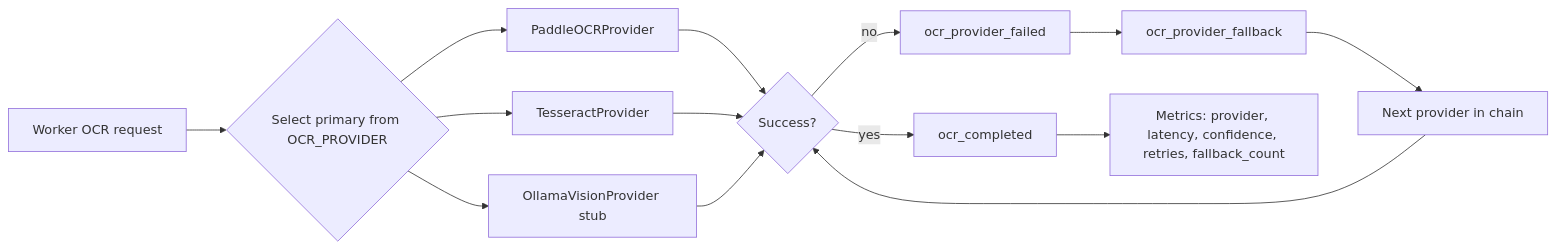
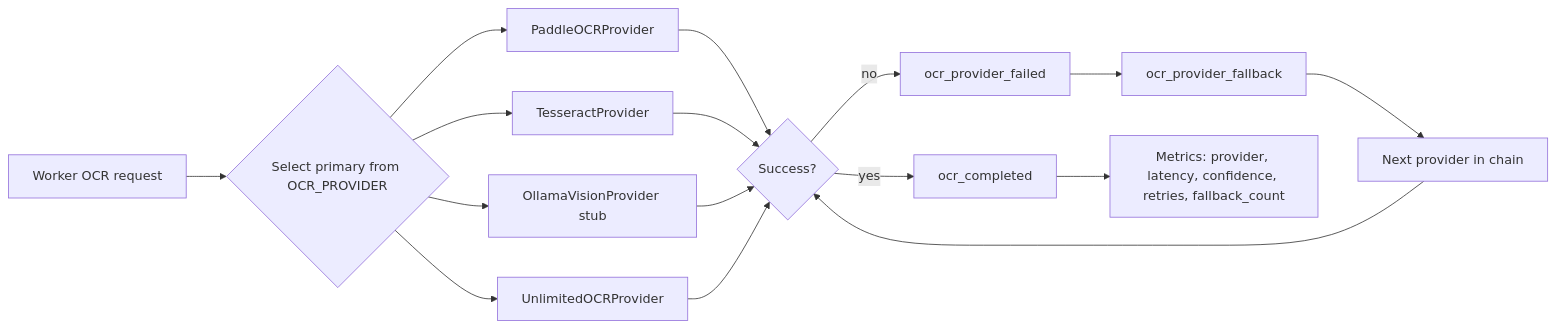
The diagram in guide/API.md (sameersemna/LokLingo), drawn with Mermaid before and after one commit. The commit also changed other lines of this file and 49 other files, not shown here.

````diff
--- a/guide/API.md
+++ b/guide/API.md
@@ -27,19 +30,21 @@
 ```mermaid
 flowchart LR
   A[Worker OCR request] --> B{Select primary from OCR_PROVIDER}
   B --> C[PaddleOCRProvider]
   B --> D[TesseractProvider]
   B --> E[OllamaVisionProvider stub]
+  B --> U[UnlimitedOCRProvider]
 
   C --> F{Success?}
   D --> F
   E --> F
+  U --> F
 
   F -- yes --> G[ocr_completed]
   F -- no --> H[ocr_provider_failed]
   H --> I[ocr_provider_fallback]
   I --> J[Next provider in chain]
   J --> F
 
   G --> K[Metrics: provider, latency, confidence, retries, fallback_count]
 ```
````
